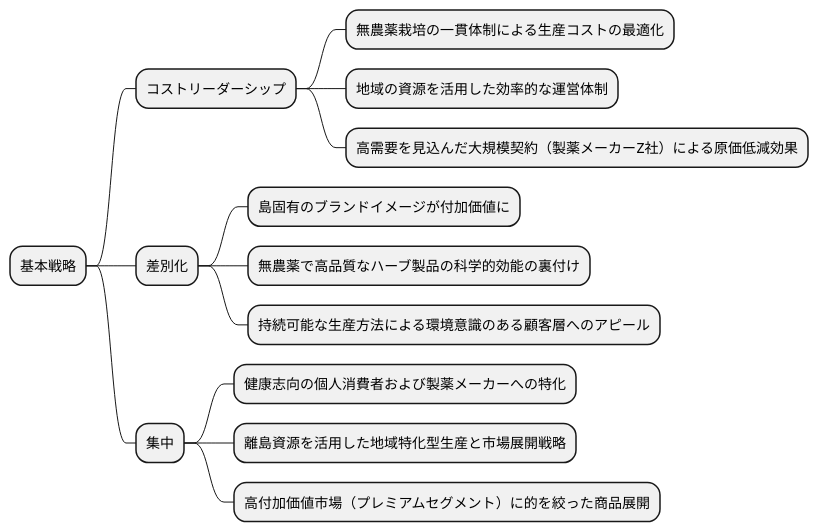
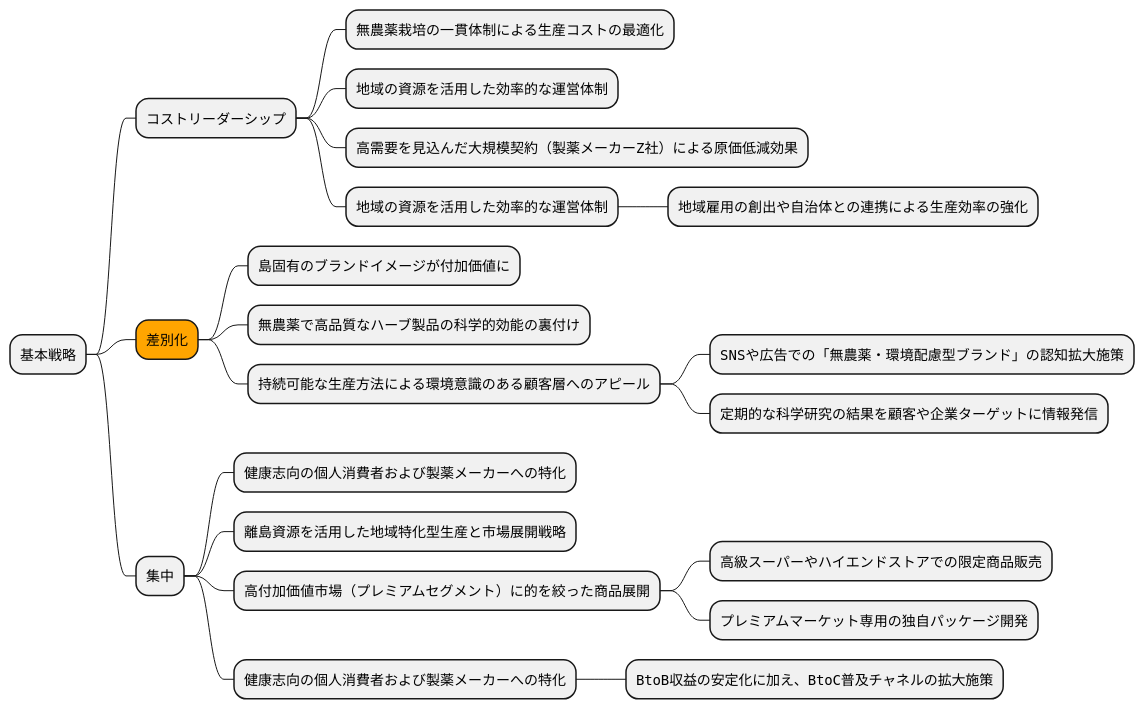
One commit to k2works/case-study-business-analysis changed the eighth of 19 diagrams in docs/case/r02_case_2.adoc. Above: the diagram before and after it, drawn with PlantUML. The commit also changed other lines of this file, not shown here.

```diff
--- a/docs/case/r02_case_2.adoc
+++ b/docs/case/r02_case_2.adoc
@@ -321,20 +343,28 @@
 [plantuml]
 ----
 @startmindmap
 
 * 基本戦略
 ** コストリーダーシップ
 *** 無農薬栽培の一貫体制による生産コストの最適化
 *** 地域の資源を活用した効率的な運営体制
 *** 高需要を見込んだ大規模契約（製薬メーカーZ社）による原価低減効果
-** 差別化
+*** 地域の資源を活用した効率的な運営体制
+**** 地域雇用の創出や自治体との連携による生産効率の強化
+**[#orange] 差別化
 *** 島固有のブランドイメージが付加価値に
 *** 無農薬で高品質なハーブ製品の科学的効能の裏付け
 *** 持続可能な生産方法による環境意識のある顧客層へのアピール
+**** SNSや広告での「無農薬・環境配慮型ブランド」の認知拡大施策
+**** 定期的な科学研究の結果を顧客や企業ターゲットに情報発信
 ** 集中
 *** 健康志向の個人消費者および製薬メーカーへの特化
 *** 離島資源を活用した地域特化型生産と市場展開戦略
 *** 高付加価値市場（プレミアムセグメント）に的を絞った商品展開
+**** 高級スーパーやハイエンドストアでの限定商品販売
+**** プレミアムマーケット専用の独自パッケージ開発
+*** 健康志向の個人消費者および製薬メーカーへの特化
+**** BtoB収益の安定化に加え、BtoC普及チャネルの拡大施策
 
 @endmindmap
 ----
```
